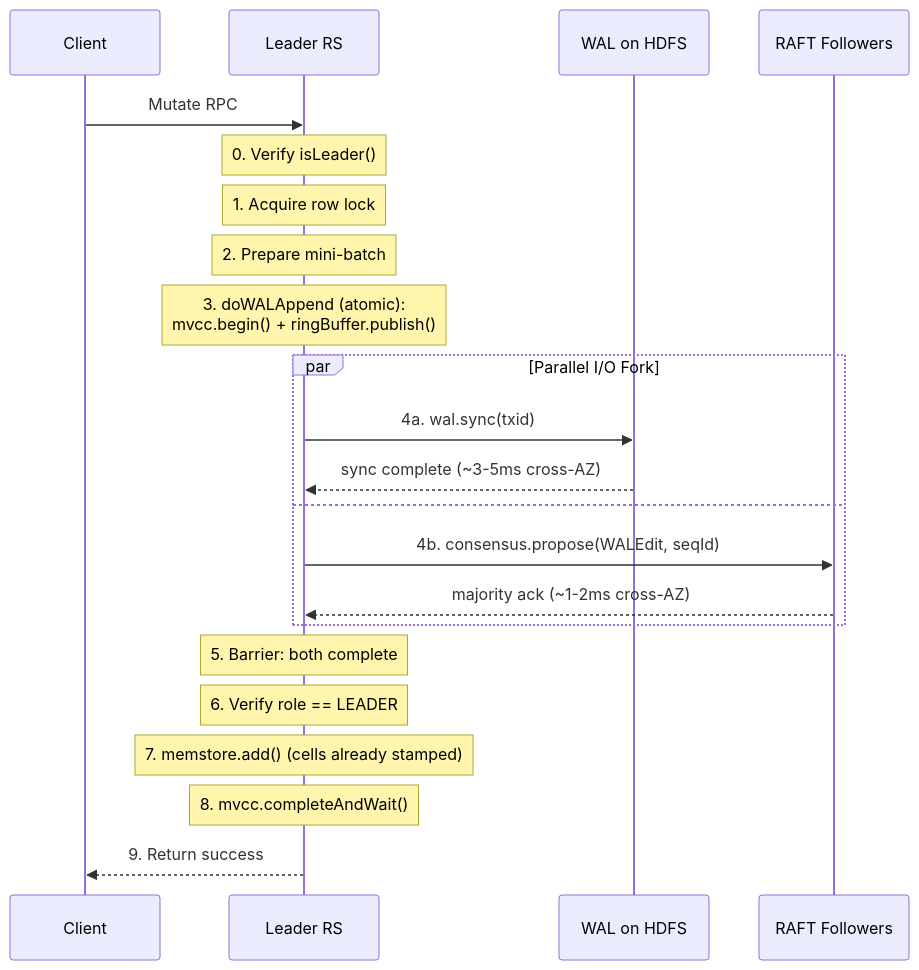
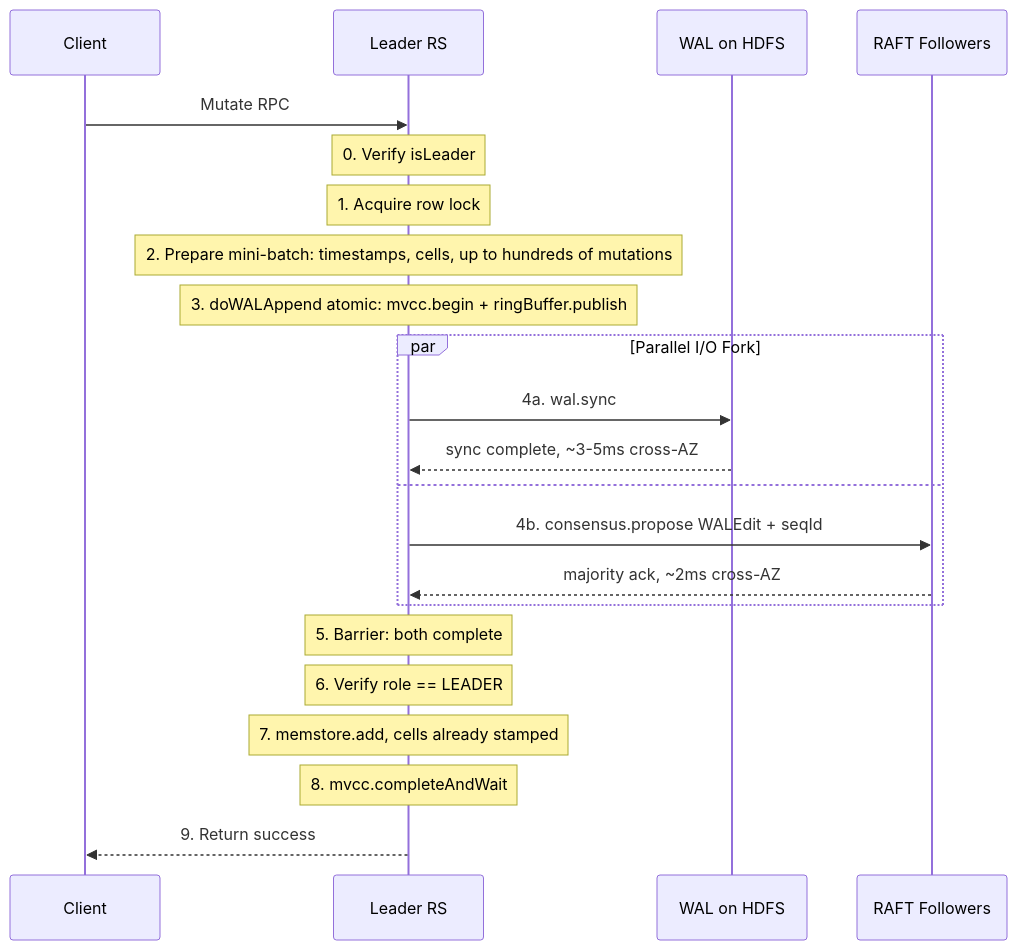
The eighth of 16 diagrams in RAFT_REGION_REPLICAS.md (apurtell/hbase), drawn with Mermaid before and after one commit. The commit also changed other lines of this file and 6 other files, not shown here.

````diff
--- a/RAFT_REGION_REPLICAS.md
+++ b/RAFT_REGION_REPLICAS.md
@@ -622,29 +608,29 @@
 ```mermaid
 sequenceDiagram
     participant C as Client
     participant L as Leader RS
     participant WAL as WAL on HDFS
     participant F as RAFT Followers
 
     C->>L: Mutate RPC
 
-    Note over L: 0. Verify isLeader()
+    Note over L: 0. Verify isLeader
     Note over L: 1. Acquire row lock
-    Note over L: 2. Prepare mini-batch
-    Note over L: 3. doWALAppend (atomic):<br/>mvcc.begin() + ringBuffer.publish()
+    Note over L: 2. Prepare mini-batch: timestamps, cells, up to hundreds of mutations
+    Note over L: 3. doWALAppend atomic: mvcc.begin + ringBuffer.publish
 
     par Parallel I/O Fork
-        L->>WAL: 4a. wal.sync(txid)
-        WAL-->>L: sync complete (~3-5ms cross-AZ)
+        L->>WAL: 4a. wal.sync
+        WAL-->>L: sync complete, ~3-5ms cross-AZ
     and
-        L->>F: 4b. consensus.propose(WALEdit, seqId)
-        F-->>L: majority ack (~1-2ms cross-AZ)
+        L->>F: 4b. consensus.propose WALEdit + seqId
+        F-->>L: majority ack, ~2ms cross-AZ
     end
 
     Note over L: 5. Barrier: both complete
     Note over L: 6. Verify role == LEADER
-    Note over L: 7. memstore.add() (cells already stamped)
-    Note over L: 8. mvcc.completeAndWait()
+    Note over L: 7. memstore.add, cells already stamped
+    Note over L: 8. mvcc.completeAndWait
 
     L-->>C: 9. Return success
 ```
````
